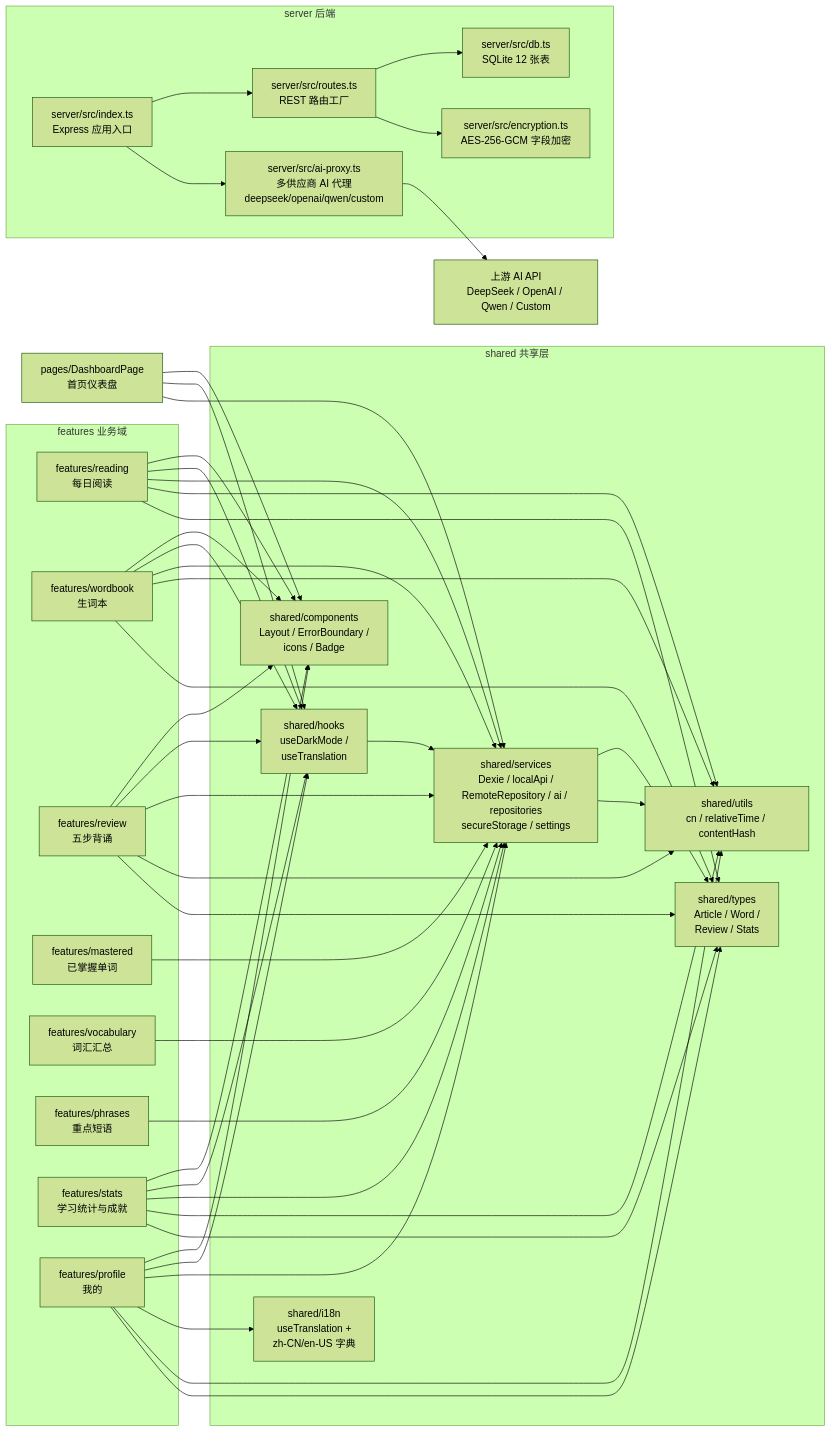
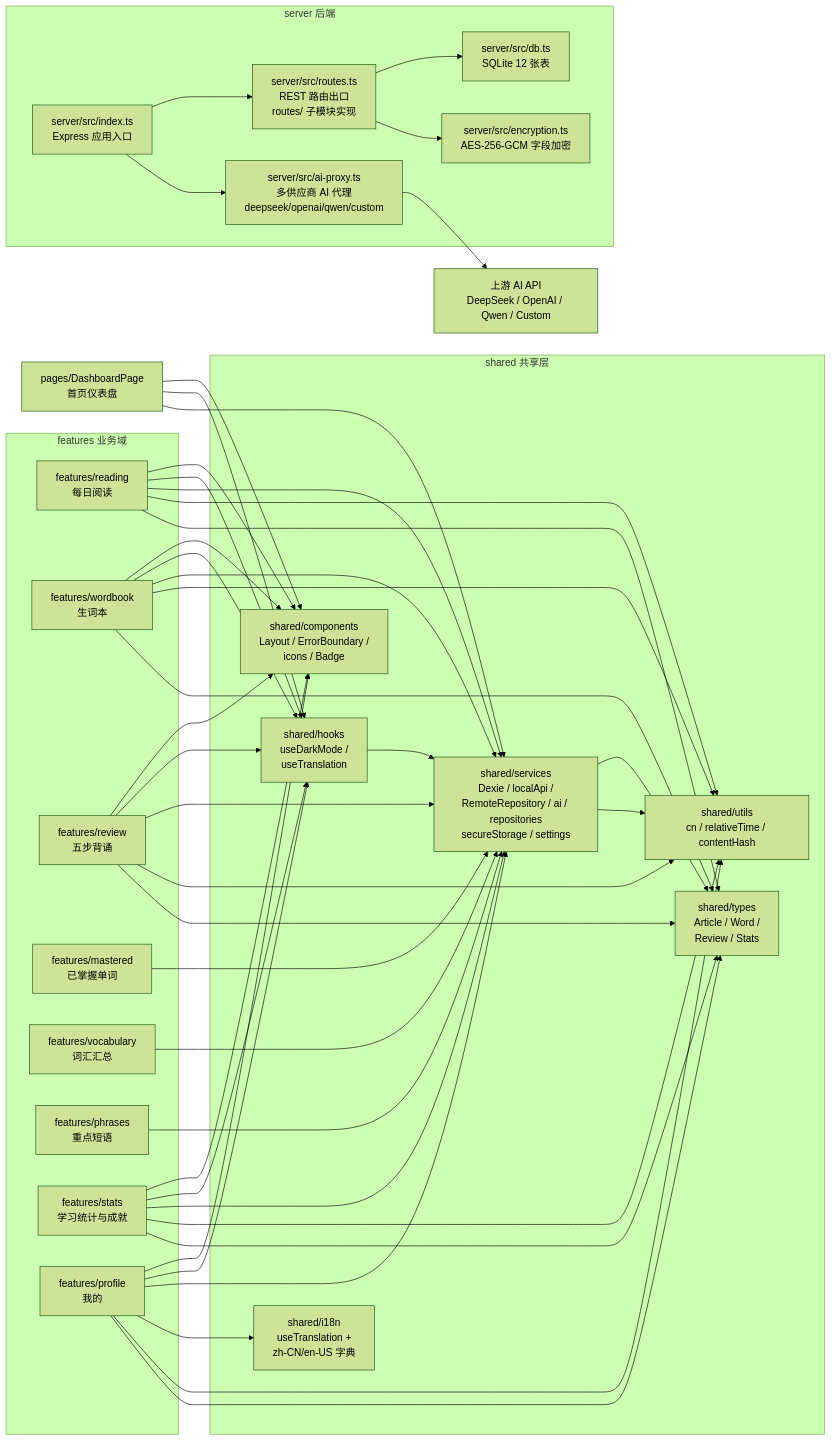
The second of 7 diagrams in docs/ARCHITECTURE.md (zhongxingma/ydxl), drawn with Mermaid (forest theme) before and after one commit. The commit also changed other lines of this file and 87 other files, not shown here.

````diff
--- a/docs/ARCHITECTURE.md
+++ b/docs/ARCHITECTURE.md
@@ -65,81 +65,81 @@
 ```mermaid
 graph LR
     subgraph features 业务域
         reading[features/reading<br/>每日阅读]
         wordbook[features/wordbook<br/>生词本]
         review[features/review<br/>五步背诵]
         mastered[features/mastered<br/>已掌握单词]
         vocabulary[features/vocabulary<br/>词汇汇总]
         phrases[features/phrases<br/>重点短语]
         stats[features/stats<br/>学习统计与成就]
         profile[features/profile<br/>我的]
     end
 
     subgraph shared 共享层
         components[shared/components<br/>Layout / ErrorBoundary /<br/>icons / Badge]
         hooks[shared/hooks<br/>useDarkMode /<br/>useTranslation]
         services[shared/services<br/>Dexie / localApi /<br/>RemoteRepository / ai / repositories<br/>secureStorage / settings]
         utils[shared/utils<br/>cn / relativeTime / contentHash]
         types[shared/types<br/>Article / Word /<br/>Review / Stats]
         i18n[shared/i18n<br/>useTranslation +<br/>zh-CN/en-US 字典]
     end
 
     subgraph server 后端
         express[server/src/index.ts<br/>Express 应用入口]
-        routes[server/src/routes.ts<br/>REST 路由工厂]
+        routes[server/src/routes.ts<br/>REST 路由出口<br/>routes/ 子模块实现]
         db[server/src/db.ts<br/>SQLite 12 张表]
         encryption[server/src/encryption.ts<br/>AES-256-GCM 字段加密]
         aiproxy[server/src/ai-proxy.ts<br/>多供应商 AI 代理<br/>deepseek/openai/qwen/custom]
     end
 
     pages[pages/DashboardPage<br/>首页仪表盘]
 
     pages --> components
     pages --> hooks
     pages --> services
 
     reading --> components
     reading --> hooks
     reading --> services
     reading --> utils
     reading --> types
 
     wordbook --> components
     wordbook --> hooks
     wordbook --> services
     wordbook --> utils
     wordbook --> types
 
     review --> components
     review --> hooks
     review --> services
     review --> utils
     review --> types
 
     mastered --> services
     vocabulary --> services
     phrases --> services
 
     stats --> components
     stats --> hooks
     stats --> services
     stats --> utils
     stats --> types
 
     profile --> components
     profile --> hooks
     profile --> services
     profile --> i18n
     profile --> utils
     profile --> types
 
     services --> types
     services --> utils
     hooks --> services
 
     express --> routes
     express --> aiproxy
     routes --> db
     routes --> encryption
     aiproxy --> Upstream[上游 AI API<br/>DeepSeek / OpenAI / Qwen / Custom]
 ```
````
